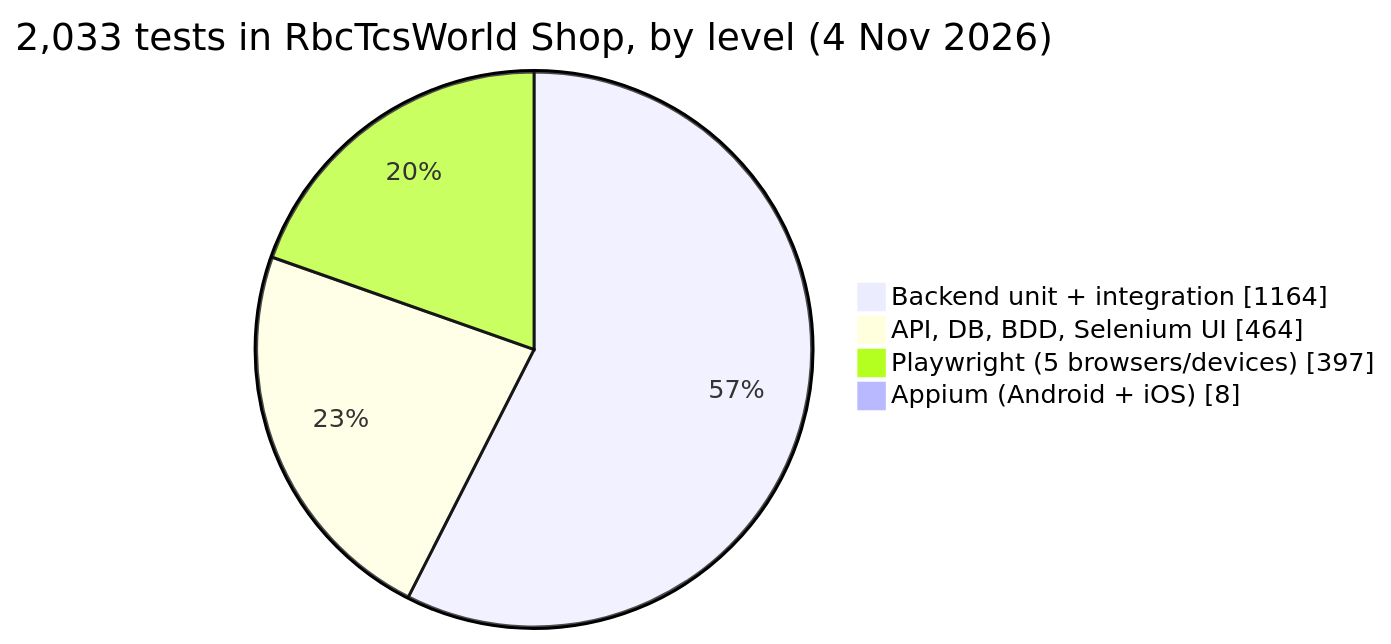
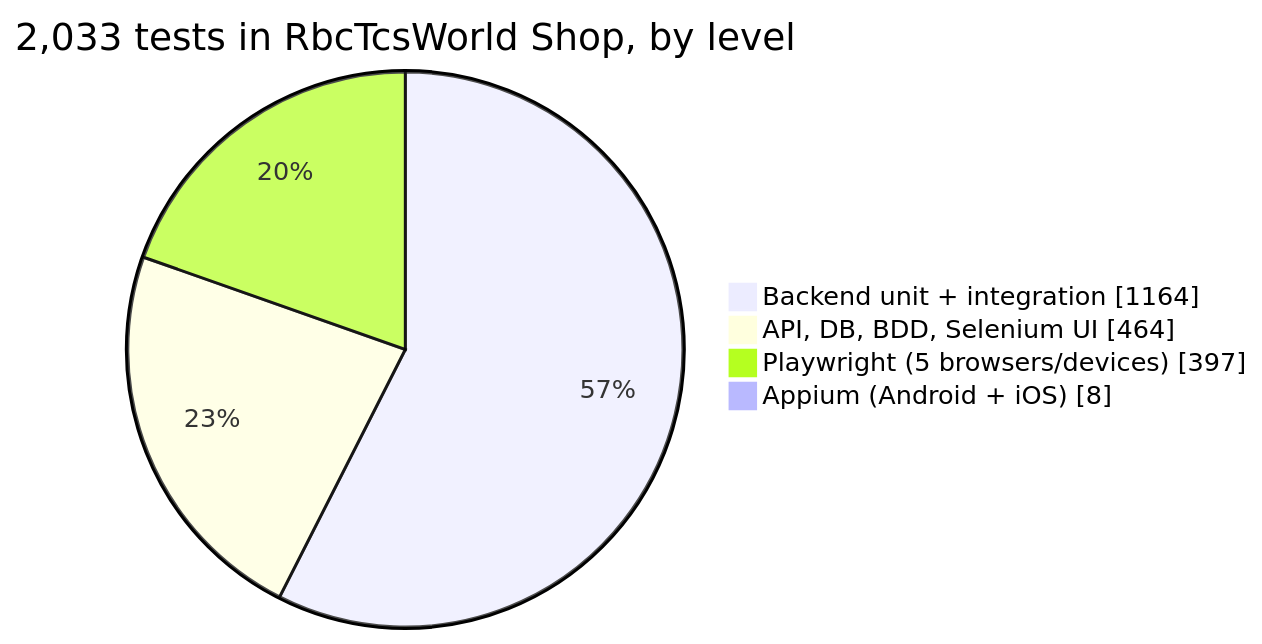
One commit to rbchy/ranajitchowdhury changed the sixth of 14 diagrams in README.md. Above: the diagram before and after it, drawn with Mermaid. The commit also changed other lines of this file and 8 other files, not shown here.

````diff
--- a/README.md
+++ b/README.md
@@ -60,8 +120,8 @@
 ```mermaid
 pie showData
-    title 2,033 tests in RbcTcsWorld Shop, by level (4 Nov 2026)
+    title 2,033 tests in RbcTcsWorld Shop, by level
     "Backend unit + integration" : 1164
     "API, DB, BDD, Selenium UI" : 464
     "Playwright (5 browsers/devices)" : 397
     "Appium (Android + iOS)" : 8
 ```
````
